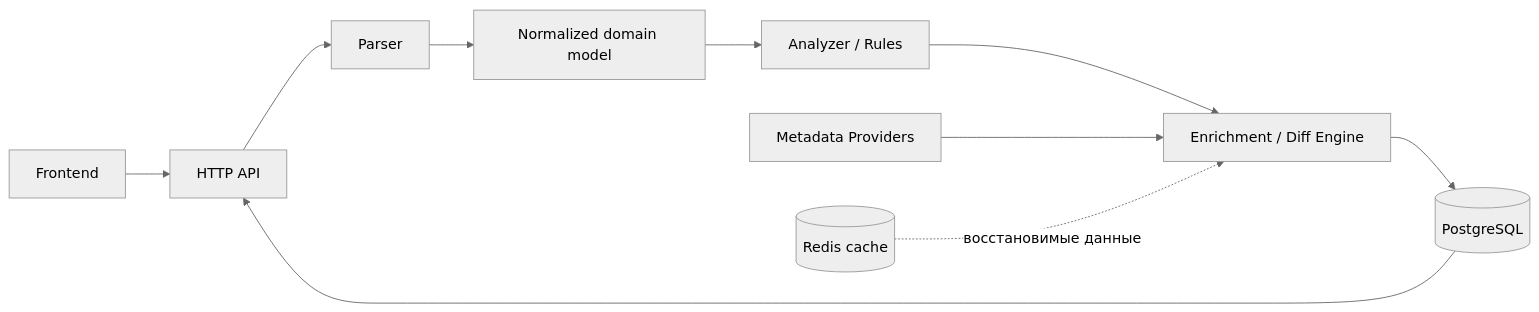
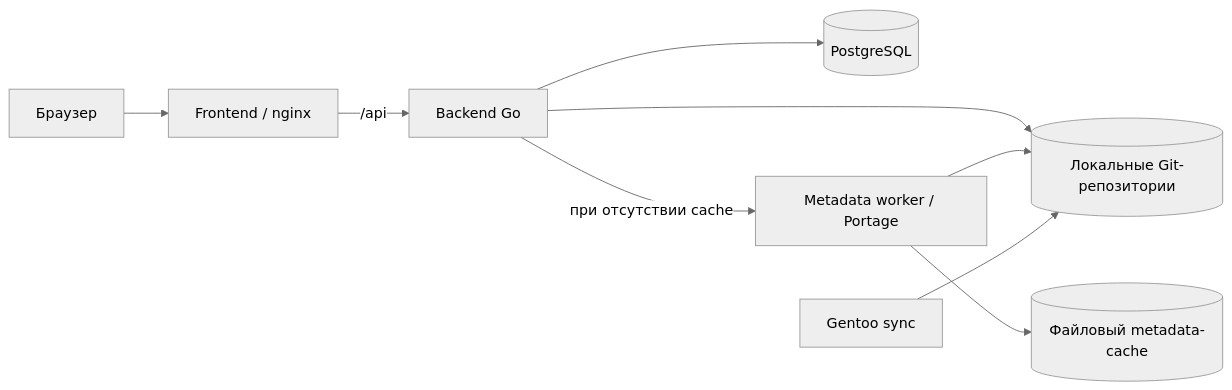
Before and after one commit to vovanbl411/gentoo-update-intelligence: the diagram in docs/architecture.md, drawn with Mermaid (neutral theme). The commit also changed other lines of this file and 9 other files, not shown here.

````diff
--- a/docs/architecture.md
+++ b/docs/architecture.md
@@ -17,11 +15,11 @@
 ```mermaid
 flowchart LR
-    Client[Frontend] --> API[HTTP API]
-    API --> Parser --> Domain[Normalized domain model]
-    Domain --> Analyzer[Analyzer / Rules]
-    Analyzer --> Enrich[Enrichment / Diff Engine]
-    Metadata[Metadata Providers] --> Enrich
-    Enrich --> PostgreSQL[(PostgreSQL)]
-    PostgreSQL --> API
-    Cache[(Redis cache)] -. восстановимые данные .-> Enrich
+    User[Браузер] --> Frontend[Frontend / nginx]
+    Frontend -->|/api| Backend[Backend Go]
+    Backend --> DB[(PostgreSQL)]
+    Backend -->|при отсутствии cache| Worker[Metadata worker / Portage]
+    Backend --> Repos[(Локальные Git-репозитории)]
+    Worker --> Repos
+    Worker --> Cache[(Файловый metadata-cache)]
+    Sync[Gentoo sync] --> Repos
 ```
````
